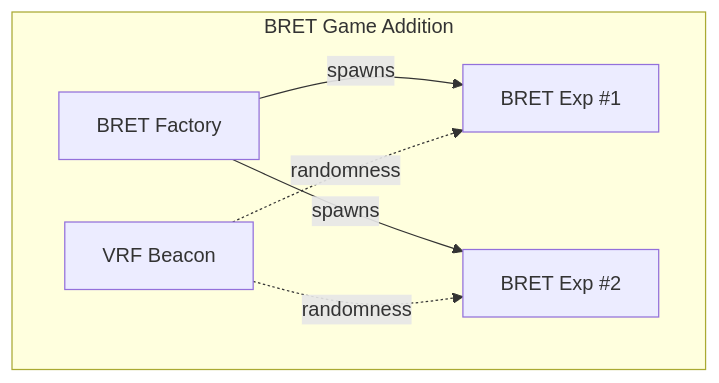
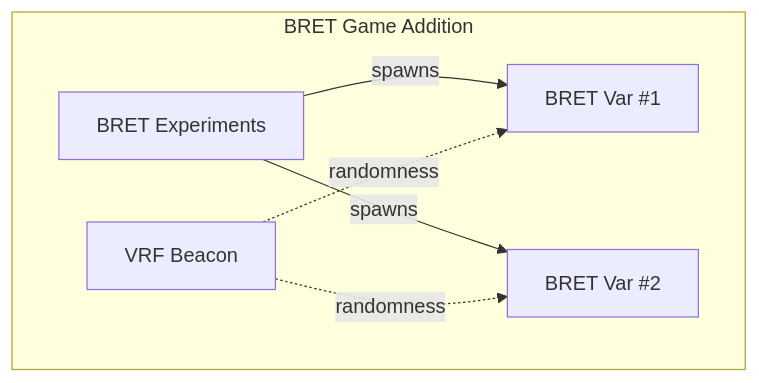
One commit to Open-Science-Blockchain-Economics/bx-hive changed the ninth of 10 diagrams in docs/smart-contract-architecture.md. Above: the diagram before and after it, drawn with Mermaid. The commit also changed other lines of this file, not shown here.

````diff
--- a/docs/smart-contract-architecture.md
+++ b/docs/smart-contract-architecture.md
@@ -623,9 +656,9 @@
 ```mermaid
 flowchart TB
     subgraph BRET["BRET Game Addition"]
-        BF["BRET Factory"] -->|spawns| BE1["BRET Exp #1"]
-        BF -->|spawns| BE2["BRET Exp #2"]
-        VRF["VRF Beacon"] -.->|randomness| BE1
-        VRF -.->|randomness| BE2
+        BE["BRET Experiments"] -->|spawns| BV1["BRET Var #1"]
+        BE -->|spawns| BV2["BRET Var #2"]
+        VRF["VRF Beacon"] -.->|randomness| BV1
+        VRF -.->|randomness| BV2
     end
 ```
````
